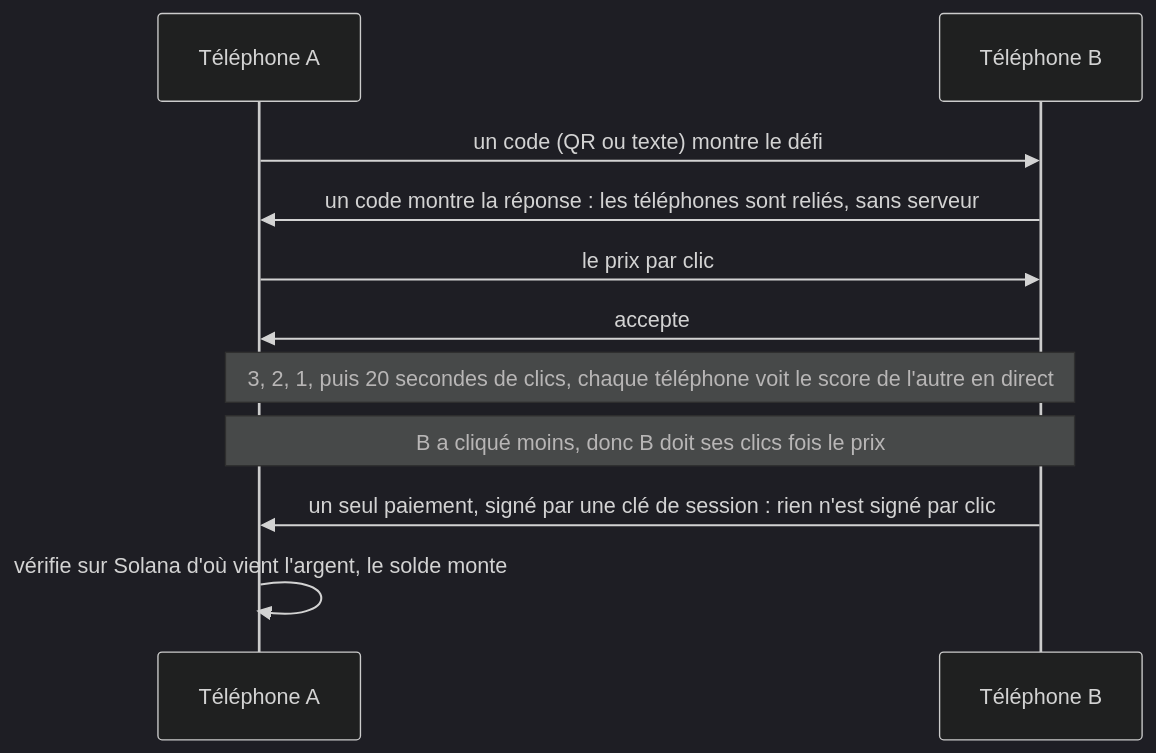
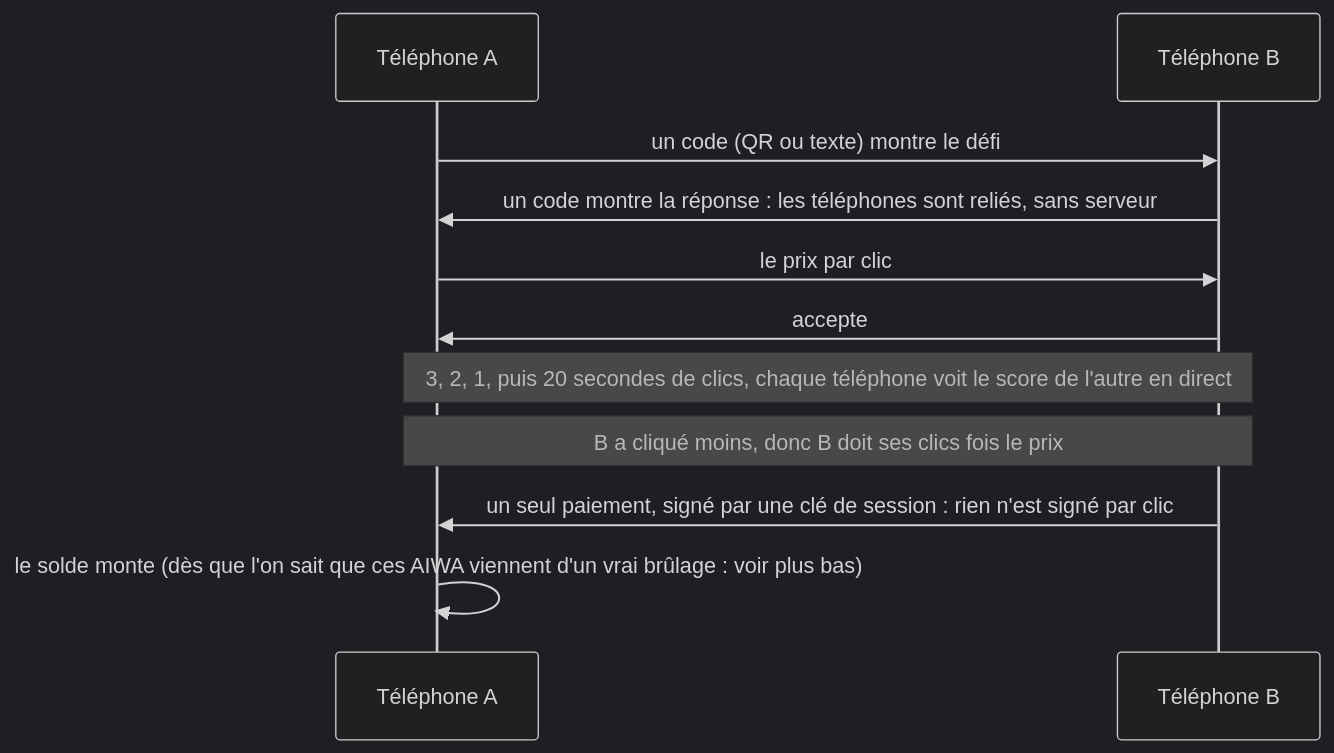
One commit to theodoreyong9/Aiwa_store changed diagram 13 of 13 in docs/EXPLICATION.md. Above: the diagram before and after it, drawn with Mermaid (dark theme). The commit also changed other lines of this file and 12 other files, not shown here.

````diff
--- a/docs/EXPLICATION.md
+++ b/docs/EXPLICATION.md
@@ -450,13 +450,13 @@
 ```mermaid
 sequenceDiagram
   participant A as Téléphone A
   participant B as Téléphone B
   A->>B: un code (QR ou texte) montre le défi
   B->>A: un code montre la réponse : les téléphones sont reliés, sans serveur
   A->>B: le prix par clic
   B->>A: accepte
   Note over A,B: 3, 2, 1, puis 20 secondes de clics, chaque téléphone voit le score de l'autre en direct
   Note over A,B: B a cliqué moins, donc B doit ses clics fois le prix
   B->>A: un seul paiement, signé par une clé de session : rien n'est signé par clic
-  A->>A: vérifie sur Solana d'où vient l'argent, le solde monte
+  A->>A: le solde monte (dès que l'on sait que ces AIWA viennent d'un vrai brûlage : voir plus bas)
 ```
````
